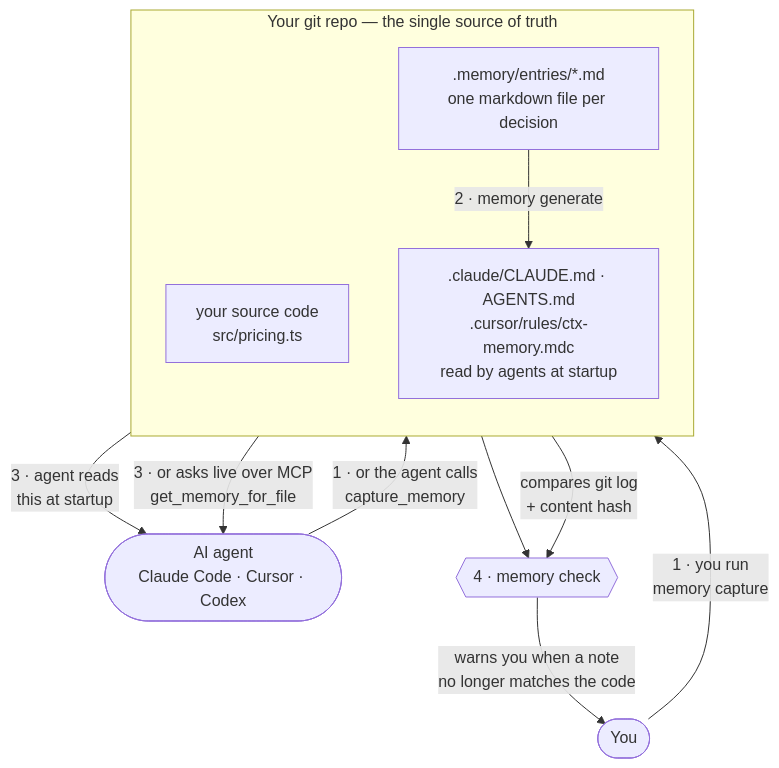
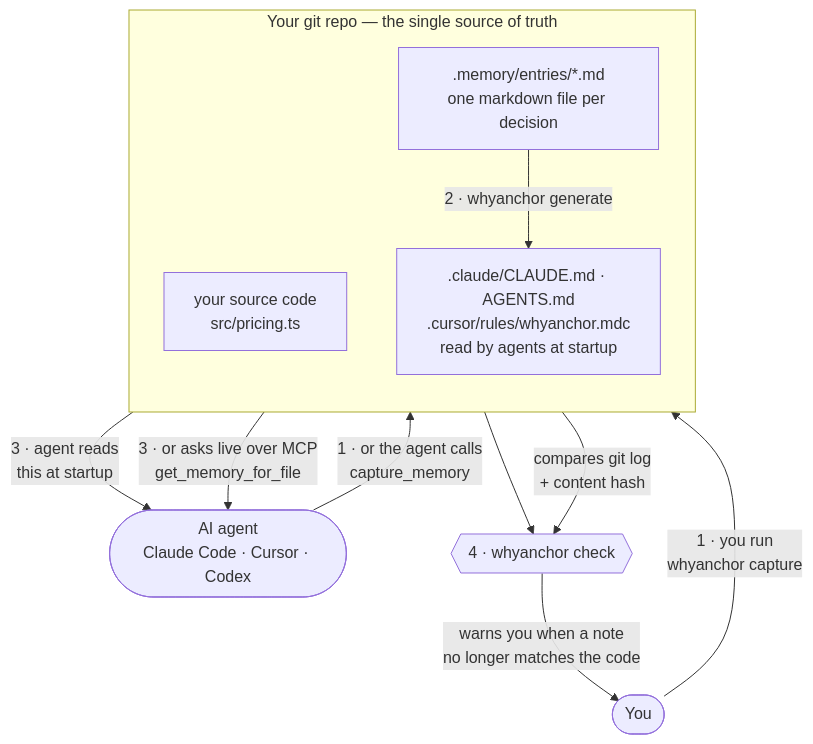
Before and after one commit to kishore600/ctx-memory: the first of 3 diagrams in README.md, drawn with Mermaid. The commit also changed other lines of this file and 22 other files, not shown here.

````diff
--- a/README.md
+++ b/README.md
@@ -82,23 +82,23 @@
 ```mermaid
 flowchart TB
     You(["You"])
     Agent(["AI agent<br/>Claude Code · Cursor · Codex"])
 
     subgraph repo["Your git repo — the single source of truth"]
         direction TB
         CODE["your source code<br/>src/pricing.ts"]
         MEM[".memory/entries/*.md<br/>one markdown file per decision"]
-        DOC[".claude/CLAUDE.md · AGENTS.md<br/>.cursor/rules/ctx-memory.mdc<br/>read by agents at startup"]
+        DOC[".claude/CLAUDE.md · AGENTS.md<br/>.cursor/rules/whyanchor.mdc<br/>read by agents at startup"]
     end
 
-    You -->|"1 · you run<br/>memory capture"| MEM
+    You -->|"1 · you run<br/>whyanchor capture"| MEM
     Agent -->|"1 · or the agent calls<br/>capture_memory"| MEM
 
-    MEM -->|"2 · memory generate"| DOC
+    MEM -->|"2 · whyanchor generate"| DOC
     DOC -->|"3 · agent reads<br/>this at startup"| Agent
     MEM -->|"3 · or asks live over MCP<br/>get_memory_for_file"| Agent
 
-    MEM --> CHECK{{"4 · memory check"}}
+    MEM --> CHECK{{"4 · whyanchor check"}}
     CODE -->|"compares git log<br/>+ content hash"| CHECK
     CHECK -->|"warns you when a note<br/>no longer matches the code"| You
 ```
````
